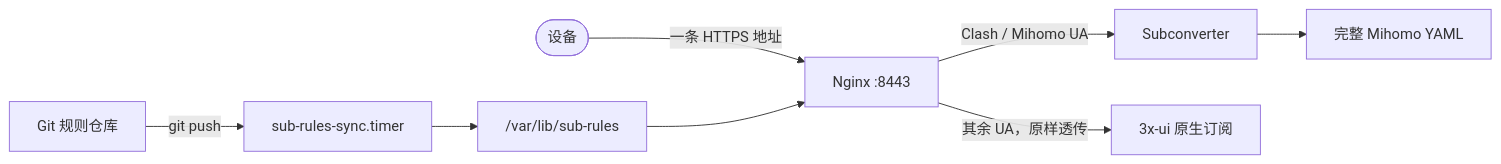
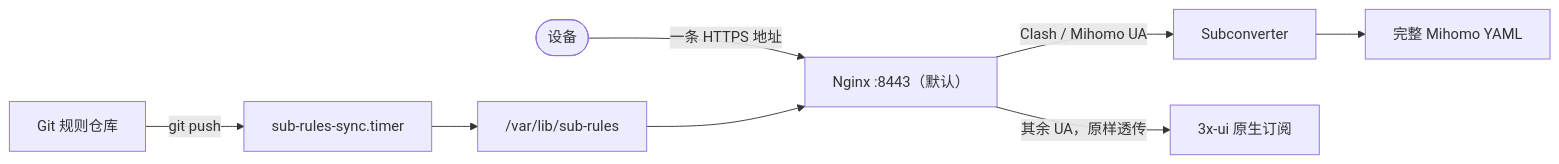
Before and after one commit to DuskWander87/sub-aggregator: the diagram in README.md, drawn with Mermaid. The commit also changed other lines of this file and 6 other files, not shown here.

````diff
--- a/README.md
+++ b/README.md
@@ -20,10 +20,10 @@
 ```mermaid
 flowchart LR
-  D([设备]) -->|一条 HTTPS 地址| N[Nginx :8443]
+  D([设备]) -->|一条 HTTPS 地址| N["Nginx :8443（默认）"]
   N -->|Clash / Mihomo UA| C[Subconverter]
   C --> Y[完整 Mihomo YAML]
   N -->|其余 UA，原样透传| R[3x-ui 原生订阅]
   G[Git 规则仓库] -->|git push| T[sub-rules-sync.timer]
   T --> P["/var/lib/sub-rules"]
   P --> N
 ```
````
